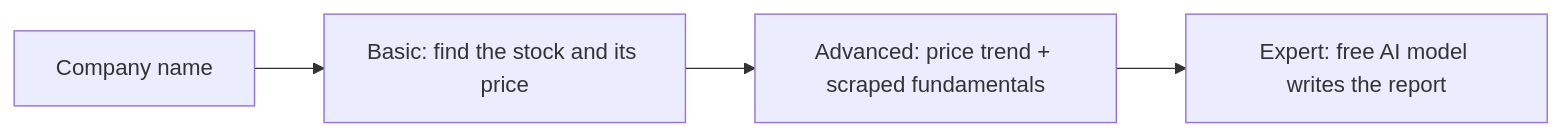
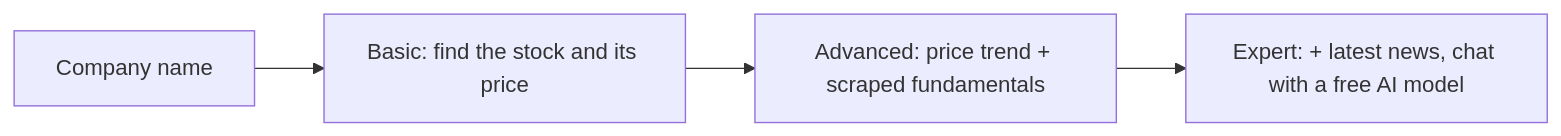
The diagram in 01-stock-market-analyzer/README.md (PrajwalAIProject/rpa-ai-workshop), drawn with Mermaid before and after one commit. The commit also changed other lines of this file and 9 other files, not shown here.

First line of the commit message:
Project 1 expert: turn the AI report into a company chatbot

````diff
--- a/01-stock-market-analyzer/README.md
+++ b/01-stock-market-analyzer/README.md
@@ -16,6 +16,6 @@
 ```mermaid
 flowchart LR
     A[Company name] --> B[Basic: find the stock and its price]
     B --> C[Advanced: price trend + scraped fundamentals]
-    C --> D[Expert: free AI model writes the report]
+    C --> D[Expert: + latest news, chat with a free AI model]
 ```
````
